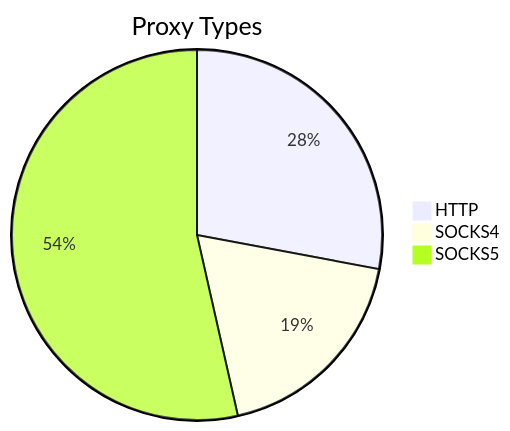
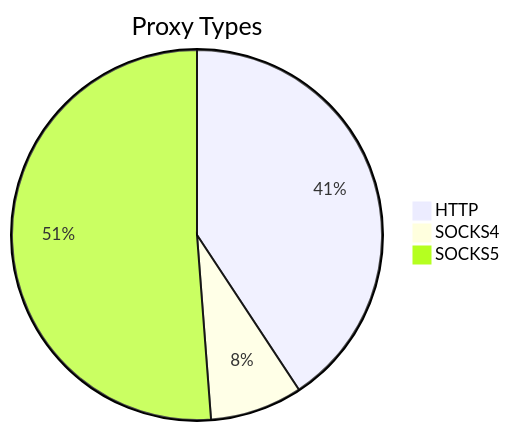
Before and after one commit to stormsia/proxy-list: the first of 2 diagrams in README.md, drawn with Mermaid. The commit also changed other lines of this file, not shown here.

````diff
--- a/README.md
+++ b/README.md
@@ -21,6 +21,6 @@
 ```mermaid
 pie title Proxy Types
-    "HTTP" : 142
-    "SOCKS4" : 94
-    "SOCKS5" : 272
+    "HTTP" : 101
+    "SOCKS4" : 20
+    "SOCKS5" : 127
 ```
````
